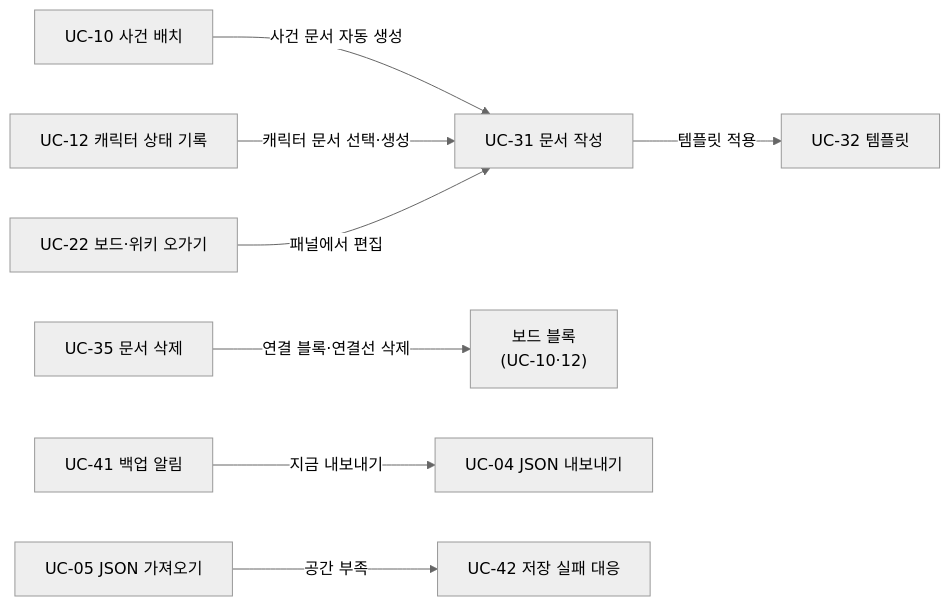
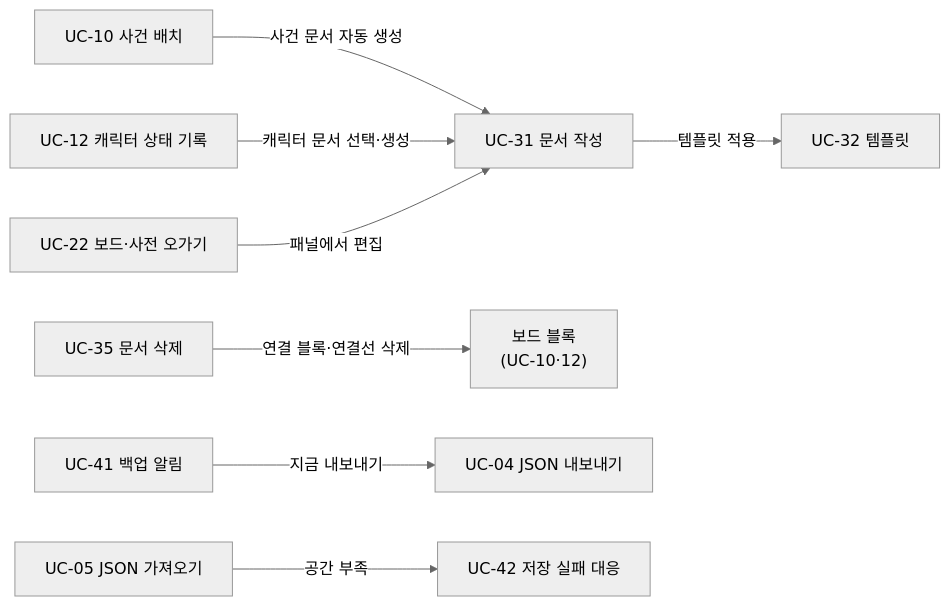
The second of 2 diagrams in docs/design/usecase.md (kty2001/NovelStory), drawn with Mermaid (neutral theme) before and after one commit. The commit also changed other lines of this file and 17 other files, not shown here.

````diff
--- a/docs/design/usecase.md
+++ b/docs/design/usecase.md
@@ -30,11 +30,11 @@
 ```mermaid
 %%{init: {"flowchart": {"wrappingWidth": 320}}}%%
 flowchart LR
     UC10["UC-10 사건 배치"] -->|"사건 문서 자동 생성"| UC31["UC-31 문서 작성"]
     UC12["UC-12 캐릭터 상태 기록"] -->|"캐릭터 문서 선택·생성"| UC31
-    UC22["UC-22 보드·위키 오가기"] -->|"패널에서 편집"| UC31
+    UC22["UC-22 보드·사전 오가기"] -->|"패널에서 편집"| UC31
     UC31 -->|"템플릿 적용"| UC32["UC-32 템플릿"]
     UC35["UC-35 문서 삭제"] -->|"연결 블록·연결선 삭제"| BLK["보드 블록<br/>(UC-10·12)"]
     UC41["UC-41 백업 알림"] -->|"지금 내보내기"| UC04["UC-04 JSON 내보내기"]
     UC05["UC-05 JSON 가져오기"] -->|"공간 부족"| UC42["UC-42 저장 실패 대응"]
 ```
````
